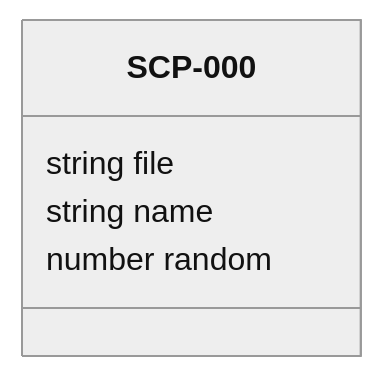
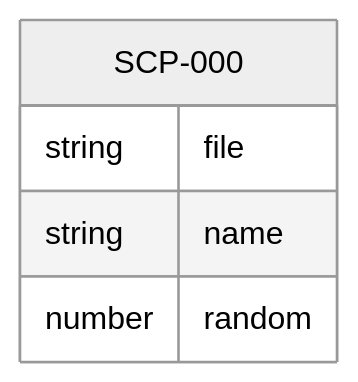
One commit to Sn4red/scp-collector changed the second of 2 diagrams in README.md. Above: the diagram before and after it, drawn with Mermaid (neutral theme).

````diff
--- a/README.md
+++ b/README.md
@@ -183,8 +183,8 @@
-``` mermaid
-classDiagram
-    class SCP-000 {
+```mermaid
+erDiagram
+    SCP-000 {
         string file
         string name
         number random
     }
 ```
````
